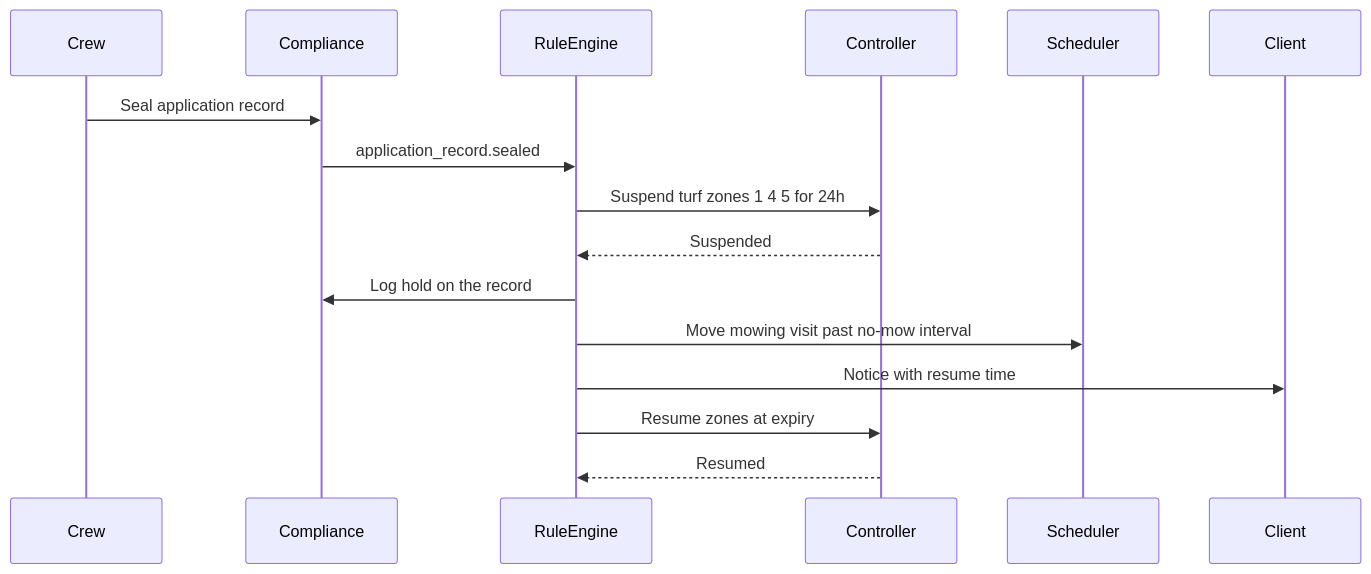
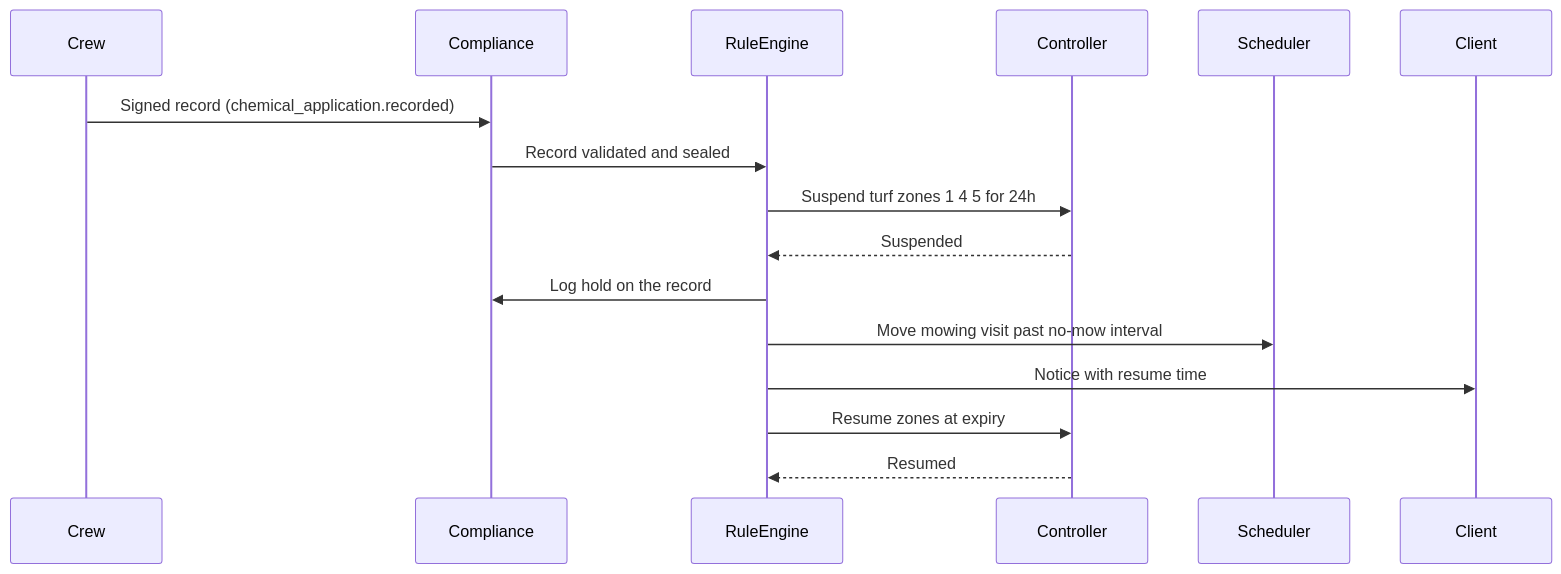
One commit to jdinard/landscape changed diagram 16 of 23 in docs/14-service-line-modules.md. Above: the diagram before and after it, drawn with Mermaid. The commit also changed other lines of this file and 20 other files, not shown here.

````diff
--- a/docs/14-service-line-modules.md
+++ b/docs/14-service-line-modules.md
@@ -1449,18 +1449,18 @@
 ```mermaid
 sequenceDiagram
     participant Crew
     participant Compliance
     participant Rules as RuleEngine
     participant Ctrl as Controller
     participant Sched as Scheduler
     participant Client
-    Crew->>Compliance: Seal application record
-    Compliance->>Rules: application_record.sealed
+    Crew->>Compliance: Signed record (chemical_application.recorded)
+    Compliance->>Rules: Record validated and sealed
     Rules->>Ctrl: Suspend turf zones 1 4 5 for 24h
     Ctrl-->>Rules: Suspended
     Rules->>Compliance: Log hold on the record
     Rules->>Sched: Move mowing visit past no-mow interval
     Rules->>Client: Notice with resume time
     Rules->>Ctrl: Resume zones at expiry
     Ctrl-->>Rules: Resumed
 ```
````
